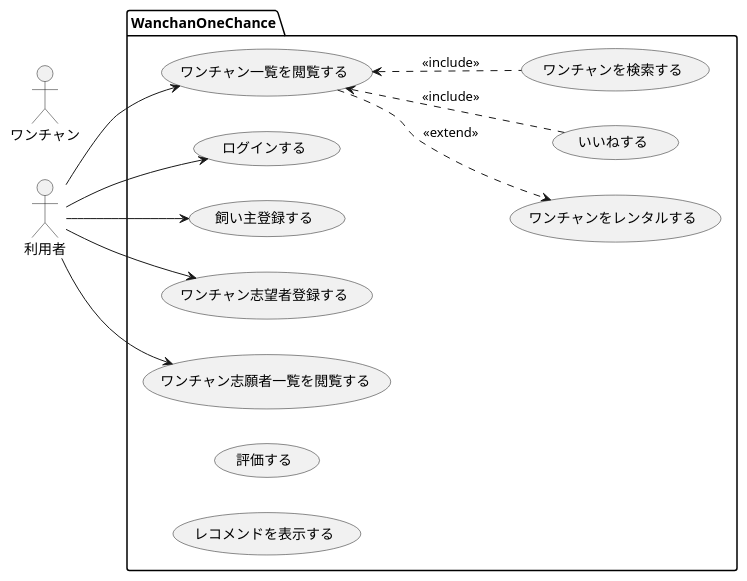
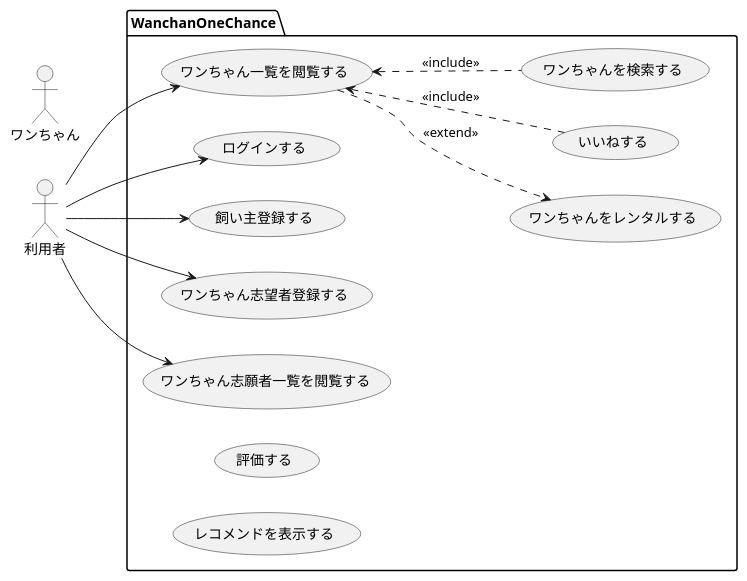
The diagram in dogs/docs/usecase.md (shirakurak/something), drawn with PlantUML before and after one commit.

Commit message:
ユースケース図修正

````diff
--- a/dogs/docs/usecase.md
+++ b/dogs/docs/usecase.md
@@ -3,29 +3,29 @@
 ```plantuml
 @startuml usecase
 left to right direction
 actor 利用者 as user
-actor ワンチャン as wanchan
+actor ワンちゃん as wanchan
 
 package WanchanOneChance {
   usecase "ログインする" as login
   usecase "飼い主登録する" as registerOwner
-  usecase "ワンチャン志望者登録する" as registerRequestWanchan
-  usecase "ワンチャン一覧を閲覧する" as viewWanchans
-  usecase "ワンチャンをレンタルする" as rentWanchan
+  usecase "ワンちゃん志望者登録する" as registerRequestWanchan
+  usecase "ワンちゃん一覧を閲覧する" as viewWanchans
+  usecase "ワンちゃんをレンタルする" as rentWanchan
   usecase "いいねする" as good
-  usecase "ワンチャンを検索する" as searchWanchan
-  usecase "ワンチャン志願者一覧を閲覧する" as viewRequestWanchan
+  usecase "ワンちゃんを検索する" as searchWanchan
+  usecase "ワンちゃん志願者一覧を閲覧する" as viewRequestWanchan
   usecase "評価する" as assessment
   usecase "レコメンドを表示する" as recommend 
 }
 
 user --> login
 user --> registerRequestWanchan
 user --> registerOwner
 user --> viewWanchans
 user --> viewRequestWanchan
 viewWanchans .d.> rentWanchan: <<extend>>
 good .u.> viewWanchans: <<include>>
 searchWanchan .u.>viewWanchans: <<include>>
 @enduml
 ```
````
